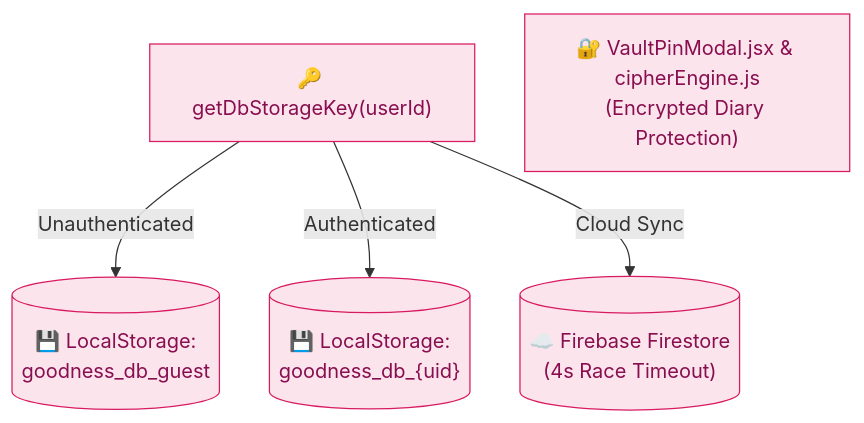
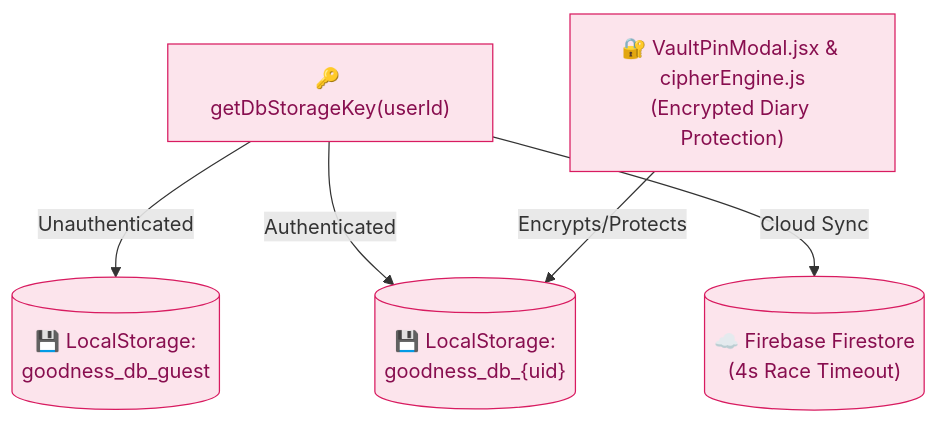
One commit to TRINNO112/shit-or-hit changed the sixth of 9 diagrams in README.md. Above: the diagram before and after it, drawn with Mermaid. The commit also changed other lines of this file and 24 other files, not shown here.

````diff
--- a/README.md
+++ b/README.md
@@ -152,17 +157,17 @@
 ```mermaid
 %%{init: {'flowchart': {'nodeSpacing': 40, 'rankSpacing': 60, 'curve': 'basis'}}}%%
 flowchart TD
     StorageKeyGen["🔑 getDbStorageKey(userId)"]
     GuestStorage[("💾 LocalStorage:<br/>goodness_db_guest")]
     UserStorage[("💾 LocalStorage:<br/>goodness_db_{uid}")]
     FirestoreSync[("☁️ Firebase Firestore<br/>(4s Race Timeout)")]
     VaultSecurity["🔐 VaultPinModal.jsx & cipherEngine.js<br/>(Encrypted Diary Protection)"]
 
     StorageKeyGen -->|Unauthenticated| GuestStorage
     StorageKeyGen -->|Authenticated| UserStorage
     StorageKeyGen -->|Cloud Sync| FirestoreSync
-    VaultSecurity
+    VaultSecurity -->|Encrypts/Protects| UserStorage
 
     classDef l5 fill:#FCE4EC,stroke:#D81B60,color:#880E4F
     class StorageKeyGen,GuestStorage,UserStorage,FirestoreSync,VaultSecurity l5
 ```
````
